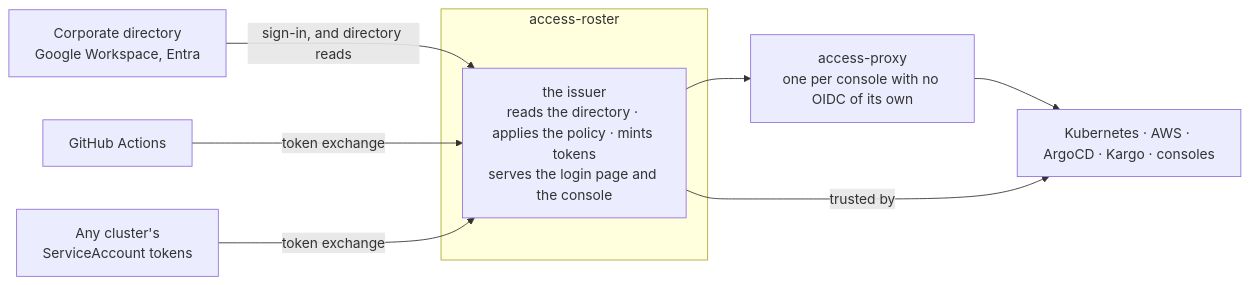
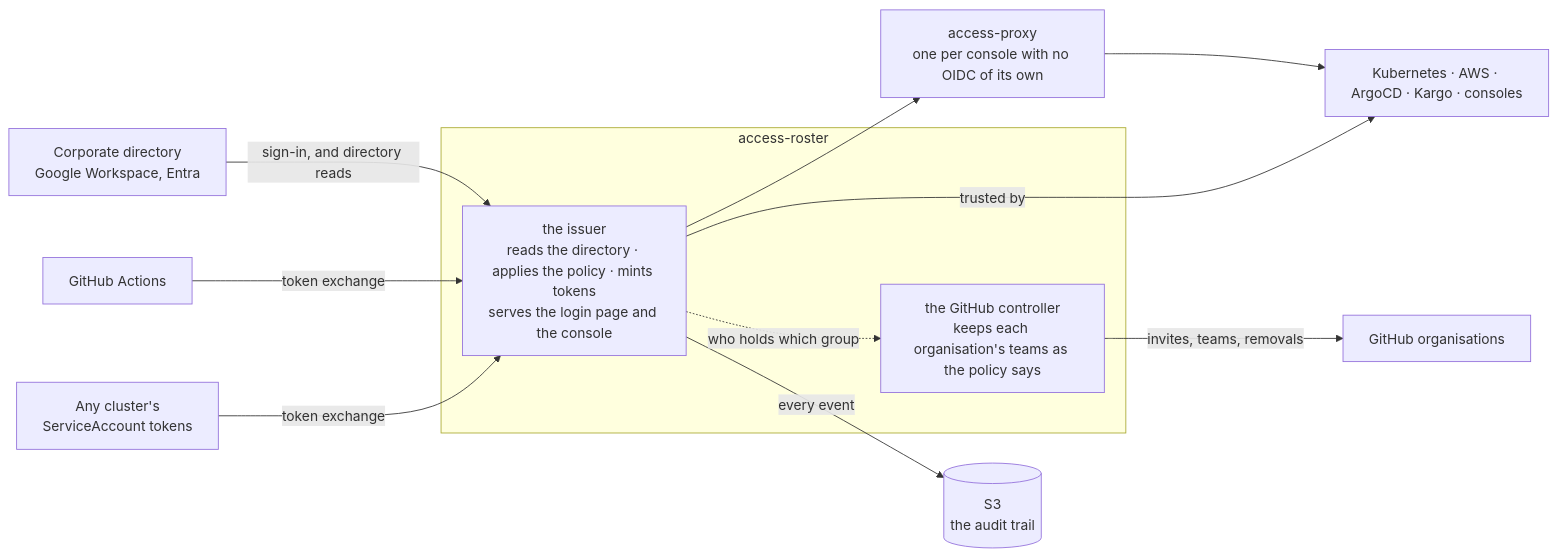
The diagram in README.md (truvity/access-roster), drawn with Mermaid before and after one commit. The commit also changed other lines of this file and 37 other files, not shown here.

````diff
--- a/README.md
+++ b/README.md
@@ -85,19 +91,25 @@
 ```mermaid
 flowchart LR
   idp["Corporate directory<br/>Google Workspace, Entra"]
   gh["GitHub Actions"]
   k8s["Any cluster's<br/>ServiceAccount tokens"]
 
   subgraph ar["access-roster"]
     iss["the issuer<br/>reads the directory · applies the policy · mints tokens<br/>serves the login page and the console"]
+    ctl["the GitHub controller<br/>keeps each organisation's teams as the policy says"]
   end
 
   proxy["access-proxy<br/>one per console with no OIDC of its own"]
   apps["Kubernetes · AWS · ArgoCD · Kargo · consoles"]
+  orgs["GitHub organisations"]
+  s3[("S3<br/>the audit trail")]
 
   idp -- "sign-in, and directory reads" --> iss
   gh -- "token exchange" --> iss
   k8s -- "token exchange" --> iss
   iss --> proxy --> apps
   iss -- "trusted by" --> apps
+  iss -. "who holds which group" .-> ctl
+  ctl -- "invites, teams, removals" --> orgs
+  iss -- "every event" --> s3
 ```
````
